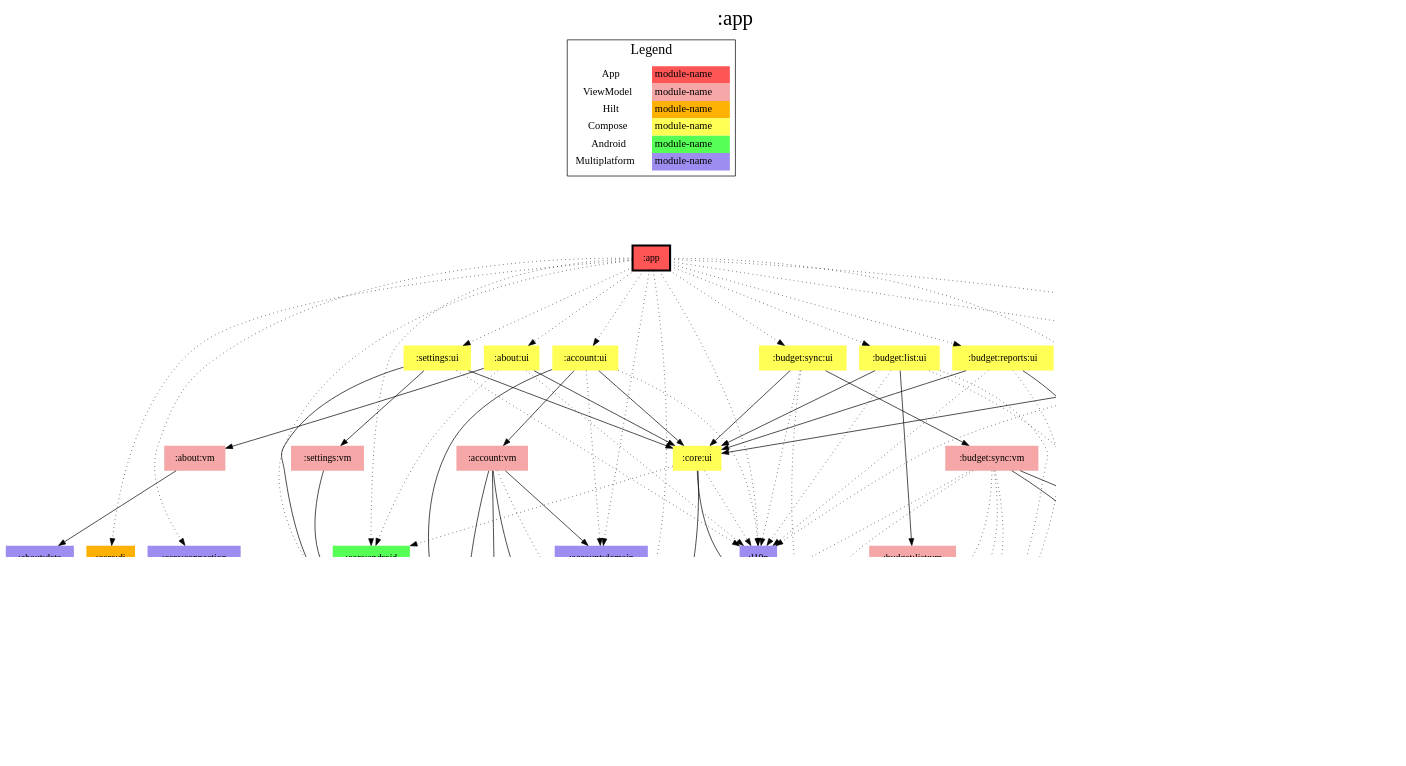
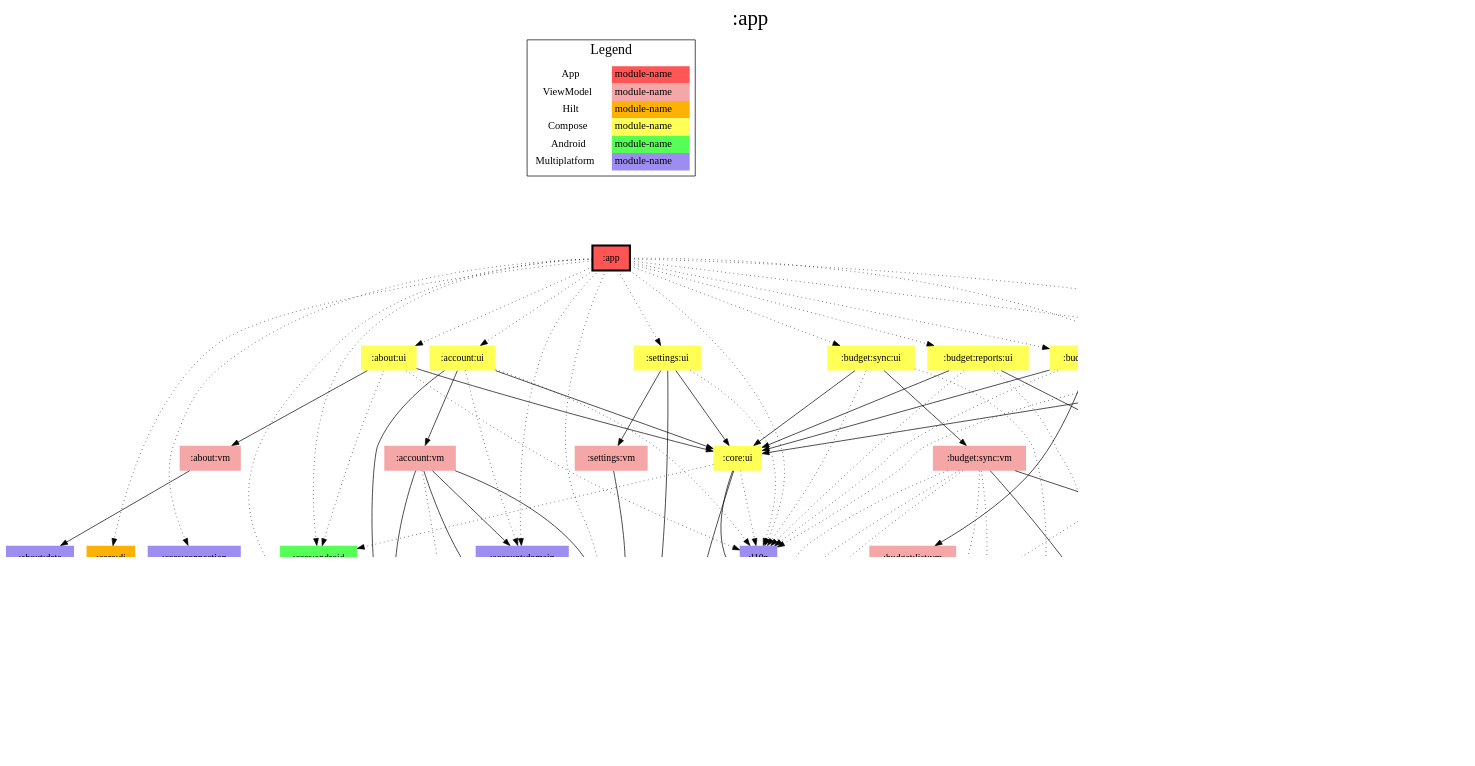
Before and after one commit to jonapoul/aktual: the diagram in app/modules.dot, drawn with Graphviz. The commit also changed 7 other files, not shown here.

```diff
--- a/app/modules.dot
+++ b/app/modules.dot
@@ -1,164 +1,165 @@
 digraph {
 edge ["dir"="forward"]
 graph ["dpi"="100","label"=":app","labelloc"="t","fontsize"="30","ranksep"="1.5","rankdir"="TB"]
 node ["style"="filled"]
 ":about:data" ["fillcolor"="#9D8DF1","shape"="none"]
 ":about:ui" ["fillcolor"="#FFFF55","shape"="none"]
 ":about:vm" ["fillcolor"="#F5A6A6","shape"="none"]
 ":account:domain" ["fillcolor"="#9D8DF1","shape"="none"]
 ":account:model" ["fillcolor"="#9D8DF1","shape"="none"]
 ":account:ui" ["fillcolor"="#FFFF55","shape"="none"]
 ":account:vm" ["fillcolor"="#F5A6A6","shape"="none"]
 ":api:actual" ["fillcolor"="#9D8DF1","shape"="none"]
 ":api:builder" ["fillcolor"="#9D8DF1","shape"="none"]
 ":api:github" ["fillcolor"="#9D8DF1","shape"="none"]
 ":app" ["fillcolor"="#FF5555","color"="black","penwidth"="3","shape"="box"]
 ":budget:data" ["fillcolor"="#9D8DF1","shape"="none"]
 ":budget:di" ["fillcolor"="#FCB103","shape"="none"]
 ":budget:encryption" ["fillcolor"="#9D8DF1","shape"="none"]
 ":budget:list:ui" ["fillcolor"="#FFFF55","shape"="none"]
 ":budget:list:vm" ["fillcolor"="#F5A6A6","shape"="none"]
 ":budget:model" ["fillcolor"="#9D8DF1","shape"="none"]
 ":budget:reports:ui" ["fillcolor"="#FFFF55","shape"="none"]
 ":budget:reports:vm" ["fillcolor"="#F5A6A6","shape"="none"]
 ":budget:sync:ui" ["fillcolor"="#FFFF55","shape"="none"]
 ":budget:sync:vm" ["fillcolor"="#F5A6A6","shape"="none"]
 ":budget:transactions:ui" ["fillcolor"="#FFFF55","shape"="none"]
 ":budget:transactions:vm" ["fillcolor"="#F5A6A6","shape"="none"]
 ":codegen:annotation" ["fillcolor"="#9D8DF1","shape"="none"]
 ":core:android" ["fillcolor"="#55FF55","shape"="none"]
 ":core:connection" ["fillcolor"="#9D8DF1","shape"="none"]
 ":core:di" ["fillcolor"="#FCB103","shape"="none"]
 ":core:model" ["fillcolor"="#9D8DF1","shape"="none"]
 ":core:ui" ["fillcolor"="#FFFF55","shape"="none"]
 ":l10n" ["fillcolor"="#9D8DF1","shape"="none"]
 ":logging" ["fillcolor"="#9D8DF1","shape"="none"]
 ":prefs" ["fillcolor"="#9D8DF1","shape"="none"]
 ":settings:ui" ["fillcolor"="#FFFF55","shape"="none"]
 ":settings:vm" ["fillcolor"="#F5A6A6","shape"="none"]
 {
 edge ["dir"="none"]
 graph ["rank"="same"]
 ":app"
 }
 ":about:data" -> ":api:github"
 ":about:ui" -> ":about:vm"
 ":about:ui" -> ":core:android" ["style"="dotted"]
 ":about:ui" -> ":core:ui"
 ":about:ui" -> ":l10n" ["style"="dotted"]
 ":about:vm" -> ":about:data"
 ":account:domain" -> ":account:model"
 ":account:domain" -> ":api:actual" ["style"="dotted"]
 ":account:domain" -> ":prefs" ["style"="dotted"]
 ":account:ui" -> ":account:domain" ["style"="dotted"]
 ":account:ui" -> ":account:vm"
 ":account:ui" -> ":core:model"
 ":account:ui" -> ":core:ui"
 ":account:ui" -> ":l10n" ["style"="dotted"]
 ":account:vm" -> ":account:domain"
 ":account:vm" -> ":account:model"
 ":account:vm" -> ":api:actual" ["style"="dotted"]
 ":account:vm" -> ":core:model"
 ":account:vm" -> ":prefs"
 ":api:actual" -> ":account:model"
 ":api:actual" -> ":budget:model"
 ":api:actual" -> ":codegen:annotation" ["style"="dotted"]
 ":api:actual" -> ":core:model"
 ":api:builder" -> ":core:model"
 ":api:github" -> ":codegen:annotation" ["style"="dotted"]
 ":api:github" -> ":core:model"
 ":app" -> ":about:ui" ["style"="dotted"]
 ":app" -> ":account:domain" ["style"="dotted"]
 ":app" -> ":account:ui" ["style"="dotted"]
 ":app" -> ":api:actual" ["style"="dotted"]
 ":app" -> ":budget:di" ["style"="dotted"]
 ":app" -> ":budget:list:ui" ["style"="dotted"]
 ":app" -> ":budget:reports:ui" ["style"="dotted"]
 ":app" -> ":budget:sync:ui" ["style"="dotted"]
 ":app" -> ":budget:transactions:ui" ["style"="dotted"]
 ":app" -> ":core:android" ["style"="dotted"]
 ":app" -> ":core:connection" ["style"="dotted"]
 ":app" -> ":core:di" ["style"="dotted"]
 ":app" -> ":l10n" ["style"="dotted"]
 ":app" -> ":logging" ["style"="dotted"]
 ":app" -> ":prefs" ["style"="dotted"]
 ":app" -> ":settings:ui" ["style"="dotted"]
 ":budget:data" -> ":budget:model"
 ":budget:data" -> ":core:model"
 ":budget:di" -> ":budget:data"
 ":budget:encryption" -> ":account:model"
 ":budget:encryption" -> ":budget:model"
 ":budget:encryption" -> ":core:model"
 ":budget:list:ui" -> ":account:model" ["style"="dotted"]
 ":budget:list:ui" -> ":budget:list:vm"
 ":budget:list:ui" -> ":budget:model" ["style"="dotted"]
 ":budget:list:ui" -> ":core:ui"
 ":budget:list:ui" -> ":l10n" ["style"="dotted"]
 ":budget:list:vm" -> ":account:model" ["style"="dotted"]
 ":budget:list:vm" -> ":api:actual" ["style"="dotted"]
 ":budget:list:vm" -> ":budget:model"
 ":budget:list:vm" -> ":core:model"
 ":budget:list:vm" -> ":prefs" ["style"="dotted"]
 ":budget:reports:ui" -> ":account:model" ["style"="dotted"]
 ":budget:reports:ui" -> ":budget:reports:vm"
 ":budget:reports:ui" -> ":core:ui"
 ":budget:reports:ui" -> ":l10n" ["style"="dotted"]
 ":budget:reports:vm" -> ":account:model" ["style"="dotted"]
+":budget:reports:vm" -> ":budget:di" ["style"="dotted"]
 ":budget:reports:vm" -> ":budget:model"
 ":budget:reports:vm" -> ":core:model" ["style"="dotted"]
 ":budget:sync:ui" -> ":account:model" ["style"="dotted"]
 ":budget:sync:ui" -> ":budget:sync:vm"
 ":budget:sync:ui" -> ":core:ui"
 ":budget:sync:ui" -> ":l10n" ["style"="dotted"]
 ":budget:sync:vm" -> ":account:model" ["style"="dotted"]
 ":budget:sync:vm" -> ":api:actual" ["style"="dotted"]
 ":budget:sync:vm" -> ":budget:di"
 ":budget:sync:vm" -> ":budget:encryption" ["style"="dotted"]
 ":budget:sync:vm" -> ":budget:model"
 ":budget:sync:vm" -> ":core:model" ["style"="dotted"]
 ":budget:sync:vm" -> ":prefs" ["style"="dotted"]
 ":budget:transactions:ui" -> ":account:model" ["style"="dotted"]
 ":budget:transactions:ui" -> ":budget:model"
 ":budget:transactions:ui" -> ":budget:transactions:vm"
 ":budget:transactions:ui" -> ":core:ui"
 ":budget:transactions:ui" -> ":l10n" ["style"="dotted"]
 ":budget:transactions:vm" -> ":account:model" ["style"="dotted"]
 ":budget:transactions:vm" -> ":budget:data"
 ":budget:transactions:vm" -> ":budget:di" ["style"="dotted"]
 ":budget:transactions:vm" -> ":budget:model"
 ":budget:transactions:vm" -> ":prefs" ["style"="dotted"]
 ":core:connection" -> ":api:actual" ["style"="dotted"]
 ":core:connection" -> ":api:builder" ["style"="dotted"]
 ":core:connection" -> ":core:model" ["style"="dotted"]
 ":core:connection" -> ":prefs" ["style"="dotted"]
 ":core:di" -> ":api:builder" ["style"="dotted"]
 ":core:di" -> ":api:github"
 ":core:di" -> ":budget:model"
 ":core:di" -> ":core:model"
 ":core:di" -> ":prefs"
 ":core:ui" -> ":budget:model"
 ":core:ui" -> ":core:android" ["style"="dotted"]
 ":core:ui" -> ":core:model"
 ":core:ui" -> ":l10n" ["style"="dotted"]
 ":prefs" -> ":account:model"
 ":prefs" -> ":core:model"
 ":settings:ui" -> ":core:model"
 ":settings:ui" -> ":core:ui"
 ":settings:ui" -> ":l10n" ["style"="dotted"]
 ":settings:ui" -> ":settings:vm"
 ":settings:vm" -> ":prefs"
 subgraph "cluster_legend" {
 edge ["dir"="none"]
 graph ["label"="Legend","fontsize"="20"]
 "Legend" ["style"="filled","fillcolor"="#FFFFFF","shape"="none","margin"="0","fontsize"="15","label"=<
 <TABLE BORDER="0" CELLBORDER="0" CELLSPACING="0" CELLPADDING="4">
 <TR><TD>App</TD><TD BGCOLOR="#FF5555">module-name</TD></TR>
 <TR><TD>ViewModel</TD><TD BGCOLOR="#F5A6A6">module-name</TD></TR>
 <TR><TD>Hilt</TD><TD BGCOLOR="#FCB103">module-name</TD></TR>
 <TR><TD>Compose</TD><TD BGCOLOR="#FFFF55">module-name</TD></TR>
 <TR><TD>Android</TD><TD BGCOLOR="#55FF55">module-name</TD></TR>
 <TR><TD>Multiplatform</TD><TD BGCOLOR="#9D8DF1">module-name</TD></TR>
 </TABLE>
 >]
 } -> ":app" ["style"="invis"]
 }
```
